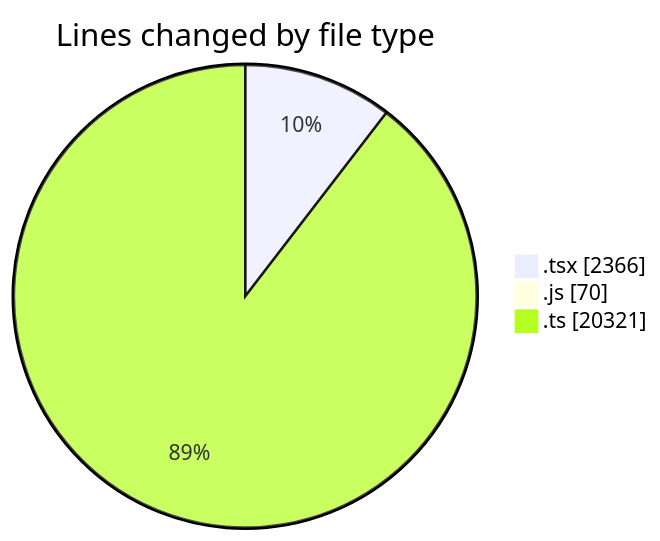
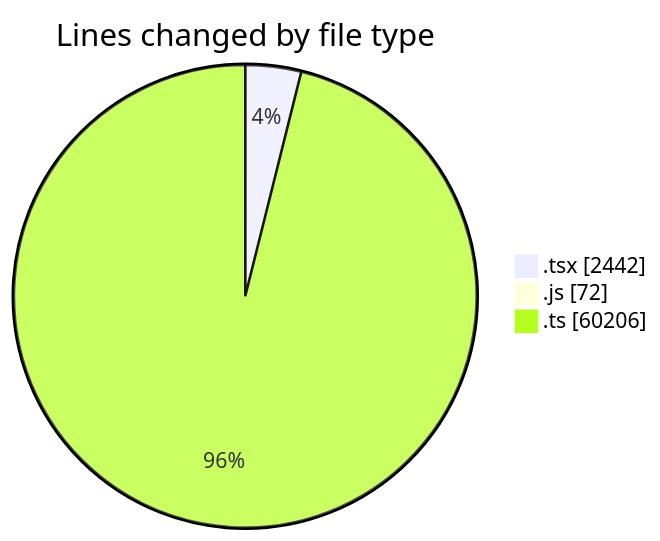
One commit to momahboobian/code-tracking changed the first of 2 diagrams in 2026-09-25/cda/README.md. Above: the diagram before and after it, drawn with Mermaid. The commit also changed other lines of this file and 1 other file, not shown here.

````diff
--- a/2026-09-25/cda/README.md
+++ b/2026-09-25/cda/README.md
@@ -43,7 +48,7 @@
 ```mermaid
 pie showData
 title Lines changed by file type
-".tsx" : 2366
-".js" : 70
-".ts" : 20321
+".tsx" : 2442
+".js" : 72
+".ts" : 60206
 ```
````
